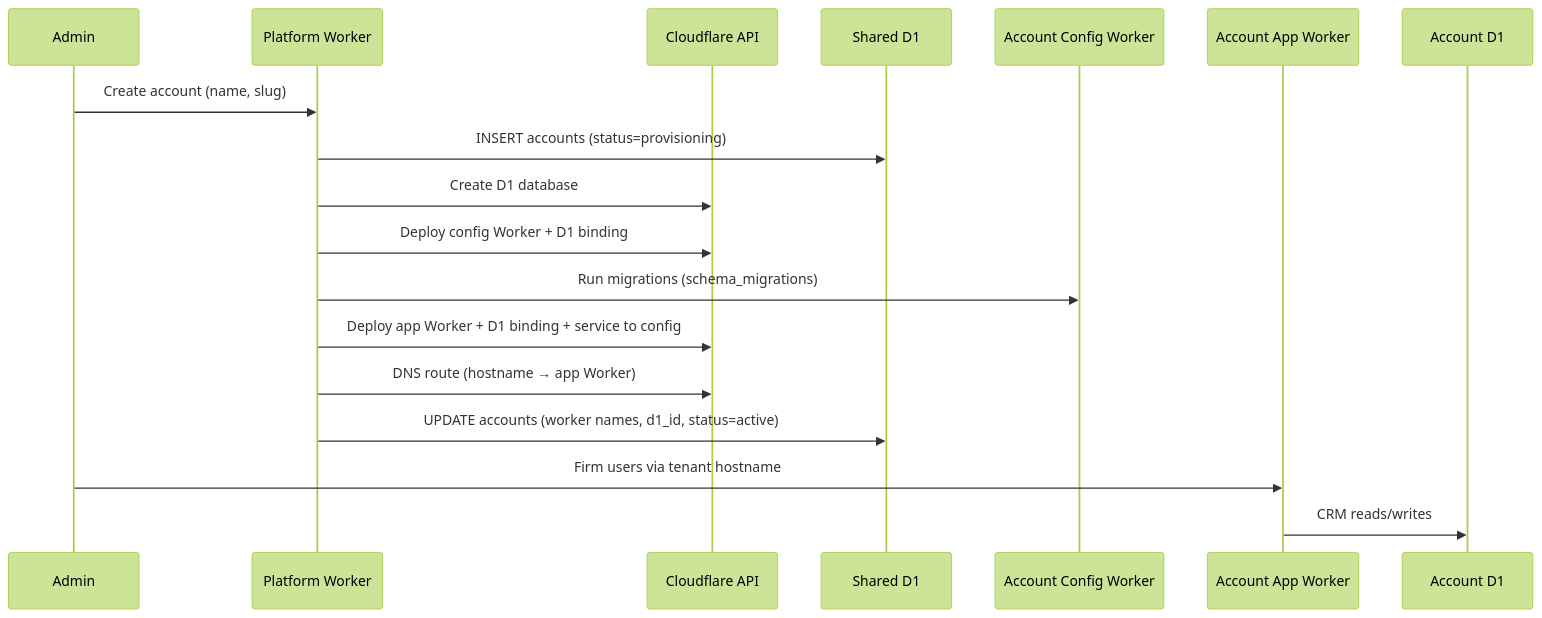
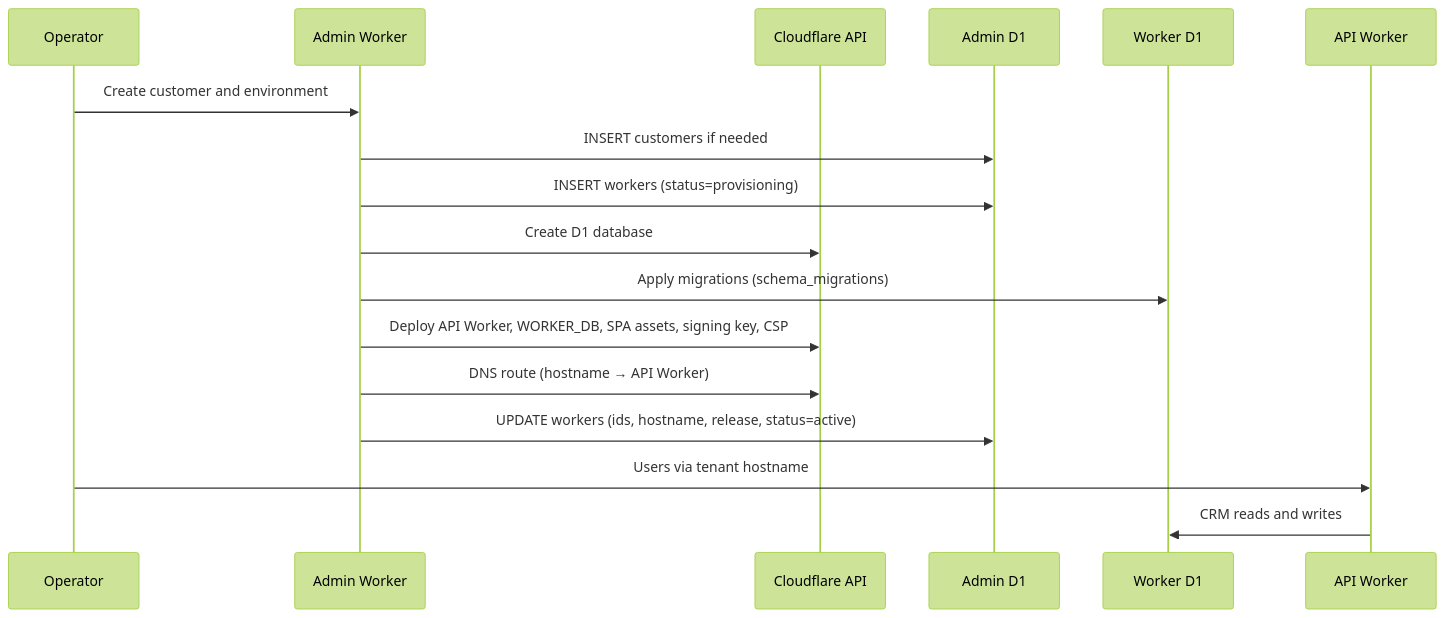
Before and after one commit to chrizy/temp-ideas: the second of 2 diagrams in docs/adr/0001-one-d1-database-per-account.md, drawn with Mermaid (forest theme). The commit also changed other lines of this file and 4 other files, not shown here.

Commit message:
Update ADR 0001 to reflect changes in database structure and worker environments; revise ADR 0002 to clarify authentication methods for tenant apps and the Admin Worker; update README and platform app specifications accordingly.

````diff
--- a/docs/adr/0001-one-d1-database-per-account.md
+++ b/docs/adr/0001-one-d1-database-per-account.md
@@ -214,21 +206,20 @@
 ```mermaid
 sequenceDiagram
-    participant Admin
-    participant Platform as Platform Worker
+    participant Op as Operator
+    participant Admin as Admin Worker
     participant API as Cloudflare API
-    participant Shared as Shared D1
-    participant CFG as Account Config Worker
-    participant APP as Account App Worker
-    participant D1 as Account D1
+    participant AD1 as Admin D1
+    participant D1 as Worker D1
+    participant App as API Worker
 
-    Admin->>Platform: Create account (name, slug)
-    Platform->>Shared: INSERT accounts (status=provisioning)
-    Platform->>API: Create D1 database
-    Platform->>API: Deploy config Worker + D1 binding
-    Platform->>CFG: Run migrations (schema_migrations)
-    Platform->>API: Deploy app Worker + D1 binding + service to config
-    Platform->>API: DNS route (hostname → app Worker)
-    Platform->>Shared: UPDATE accounts (worker names, d1_id, status=active)
-    Admin->>APP: Firm users via tenant hostname
-    APP->>D1: CRM reads/writes
+    Op->>Admin: Create customer and environment
+    Admin->>AD1: INSERT customers if needed
+    Admin->>AD1: INSERT workers (status=provisioning)
+    Admin->>API: Create D1 database
+    Admin->>D1: Apply migrations (schema_migrations)
+    Admin->>API: Deploy API Worker, WORKER_DB, SPA assets, signing key, CSP
+    Admin->>API: DNS route (hostname → API Worker)
+    Admin->>AD1: UPDATE workers (ids, hostname, release, status=active)
+    Op->>App: Users via tenant hostname
+    App->>D1: CRM reads and writes
 ```
````
